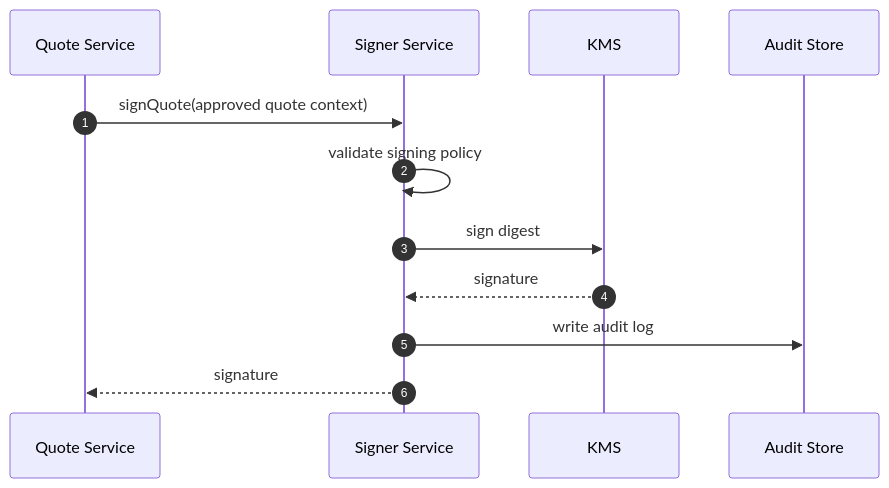
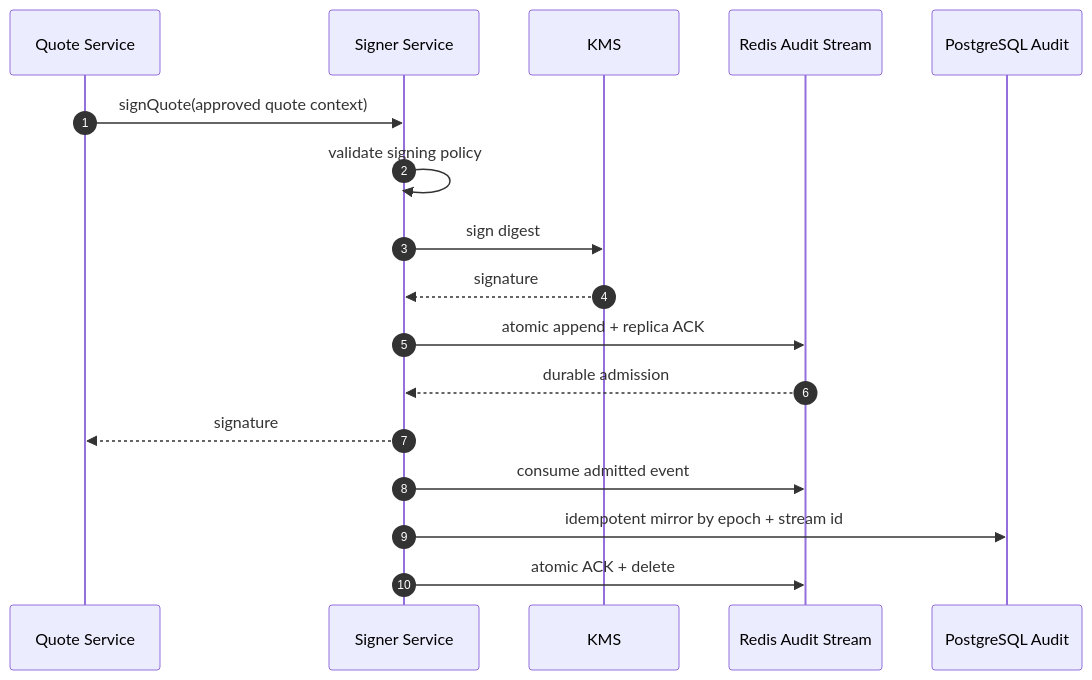
Before and after one commit to alvis-ai/production-grade-web3-rfq-market-maker: the second of 3 diagrams in book/Volume5-BackendEngineering/Chapter05-Signer-Service.md, drawn with Mermaid. The commit also changed other lines of this file and 41 other files, not shown here.

Commit message:
feat: add durable signer audit stream

````diff
--- a/book/Volume5-BackendEngineering/Chapter05-Signer-Service.md
+++ b/book/Volume5-BackendEngineering/Chapter05-Signer-Service.md
@@ -72,15 +72,20 @@
 ```mermaid
 sequenceDiagram
   autonumber
   participant Q as Quote Service
   participant S as Signer Service
   participant K as KMS
-  participant A as Audit Store
+  participant R as Redis Audit Stream
+  participant P as PostgreSQL Audit
 
   Q->>S: signQuote(approved quote context)
   S->>S: validate signing policy
   S->>K: sign digest
   K-->>S: signature
-  S->>A: write audit log
+  S->>R: atomic append + replica ACK
+  R-->>S: durable admission
   S-->>Q: signature
+  S->>R: consume admitted event
+  S->>P: idempotent mirror by epoch + stream id
+  S->>R: atomic ACK + delete
 ```
````
